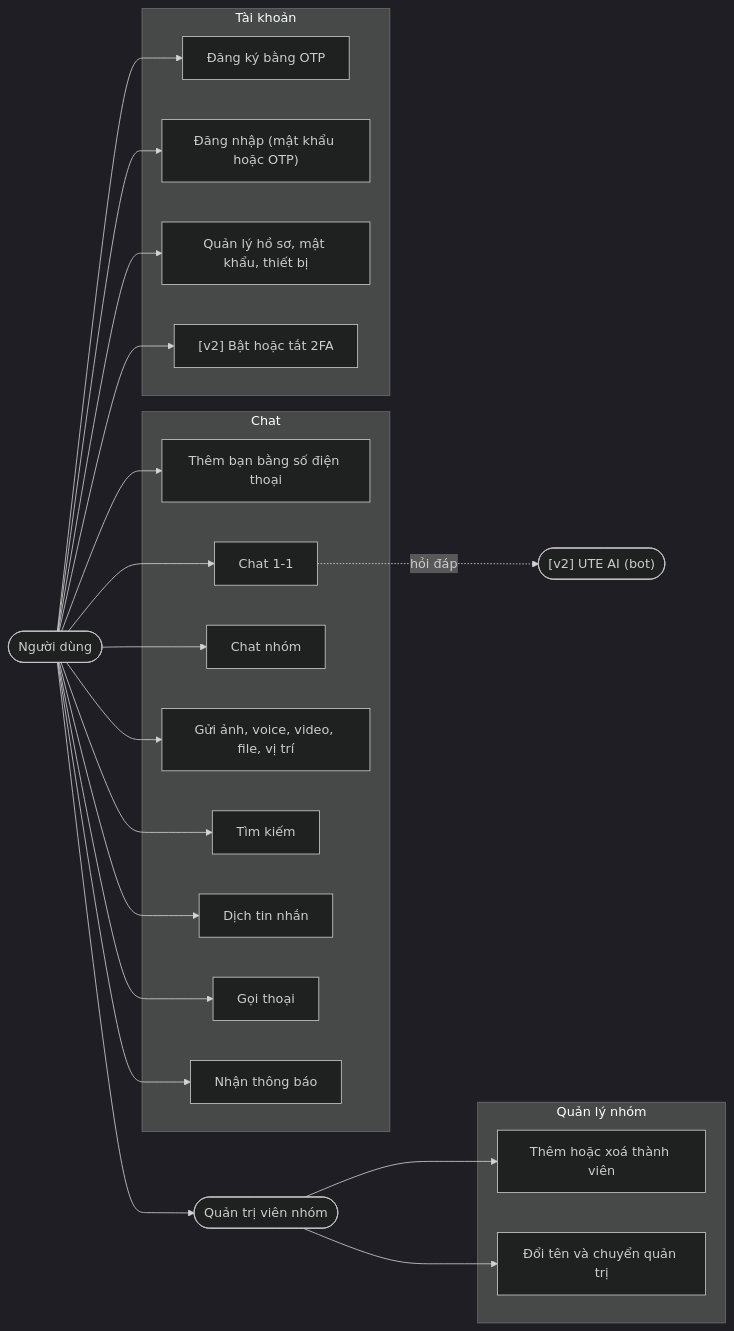
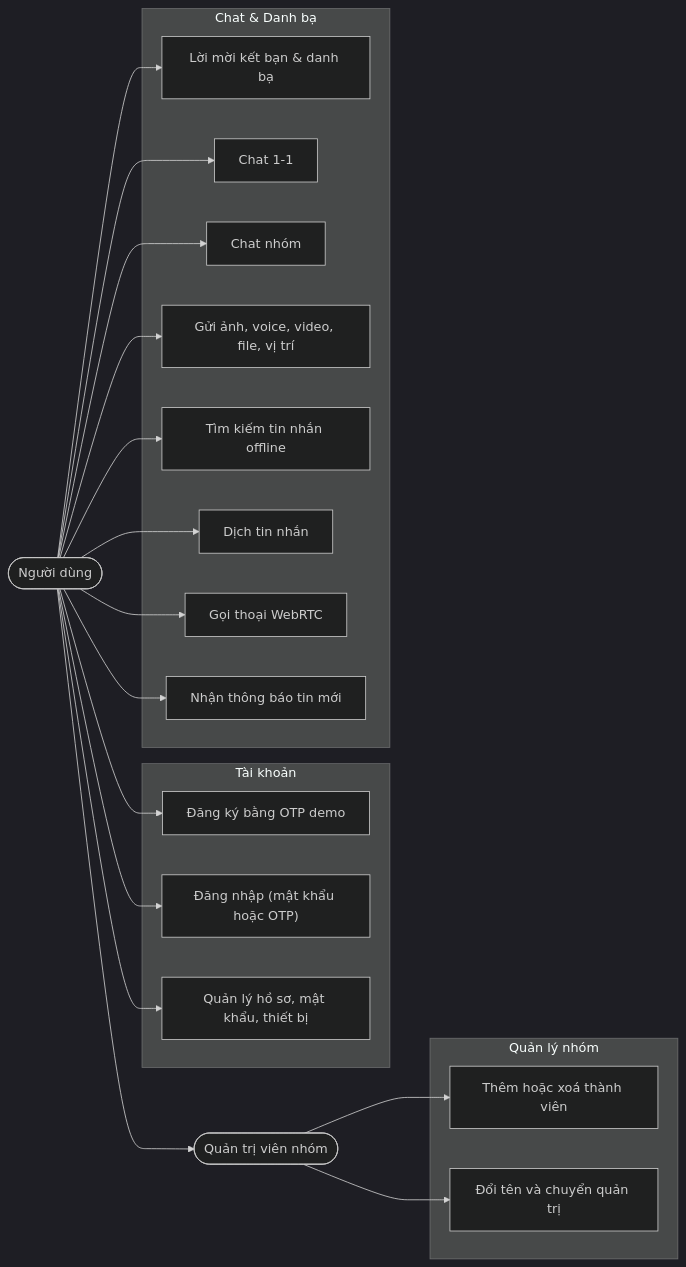
Before and after one commit to Project-Mobile-TEAM/Project_Mobile: the diagram in docs/README.md, drawn with Mermaid (dark theme). The commit also changed other lines of this file and 33 other files, not shown here.

````diff
--- a/docs/README.md
+++ b/docs/README.md
@@ -35,32 +36,29 @@
 ```mermaid
 flowchart LR
     U(["Người dùng"])
-    Bot(["[v2] UTE AI (bot)"])
     Adm(["Quản trị viên nhóm"])
 
     subgraph TK["Tài khoản"]
-        UC1["Đăng ký bằng OTP"]
+        UC1["Đăng ký bằng OTP demo"]
         UC2["Đăng nhập (mật khẩu hoặc OTP)"]
         UC3["Quản lý hồ sơ, mật khẩu, thiết bị"]
-        UC4["[v2] Bật hoặc tắt 2FA"]
     end
-    subgraph CH["Chat"]
-        UC5["Thêm bạn bằng số điện thoại"]
+    subgraph CH["Chat & Danh bạ"]
+        UC5["Lời mời kết bạn & danh bạ"]
         UC6["Chat 1-1"]
         UC7["Chat nhóm"]
         UC8["Gửi ảnh, voice, video, file, vị trí"]
-        UC9["Tìm kiếm"]
+        UC9["Tìm kiếm tin nhắn offline"]
         UC10["Dịch tin nhắn"]
-        UC11["Gọi thoại"]
-        UC12["Nhận thông báo"]
+        UC11["Gọi thoại WebRTC"]
+        UC12["Nhận thông báo tin mới"]
     end
     subgraph QL["Quản lý nhóm"]
         UC13["Thêm hoặc xoá thành viên"]
         UC14["Đổi tên và chuyển quản trị"]
     end
 
-    U --> UC1 & UC2 & UC3 & UC4 & UC5 & UC6 & UC7 & UC8 & UC9 & UC10 & UC11 & UC12
+    U --> UC1 & UC2 & UC3 & UC5 & UC6 & UC7 & UC8 & UC9 & UC10 & UC11 & UC12
     Adm --> UC13 & UC14
     U --> Adm
-    UC6 -. "hỏi đáp" .-> Bot
 ```
````
